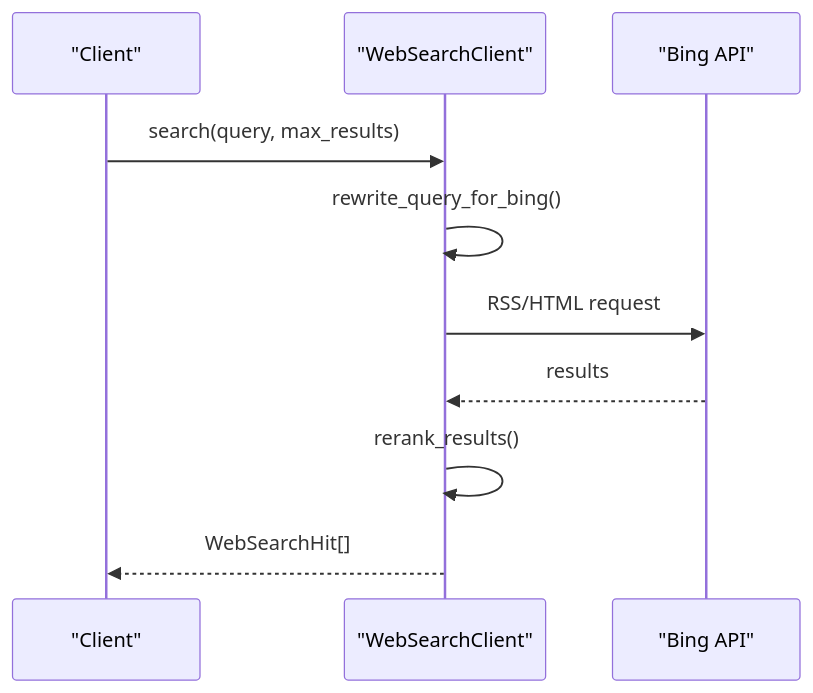
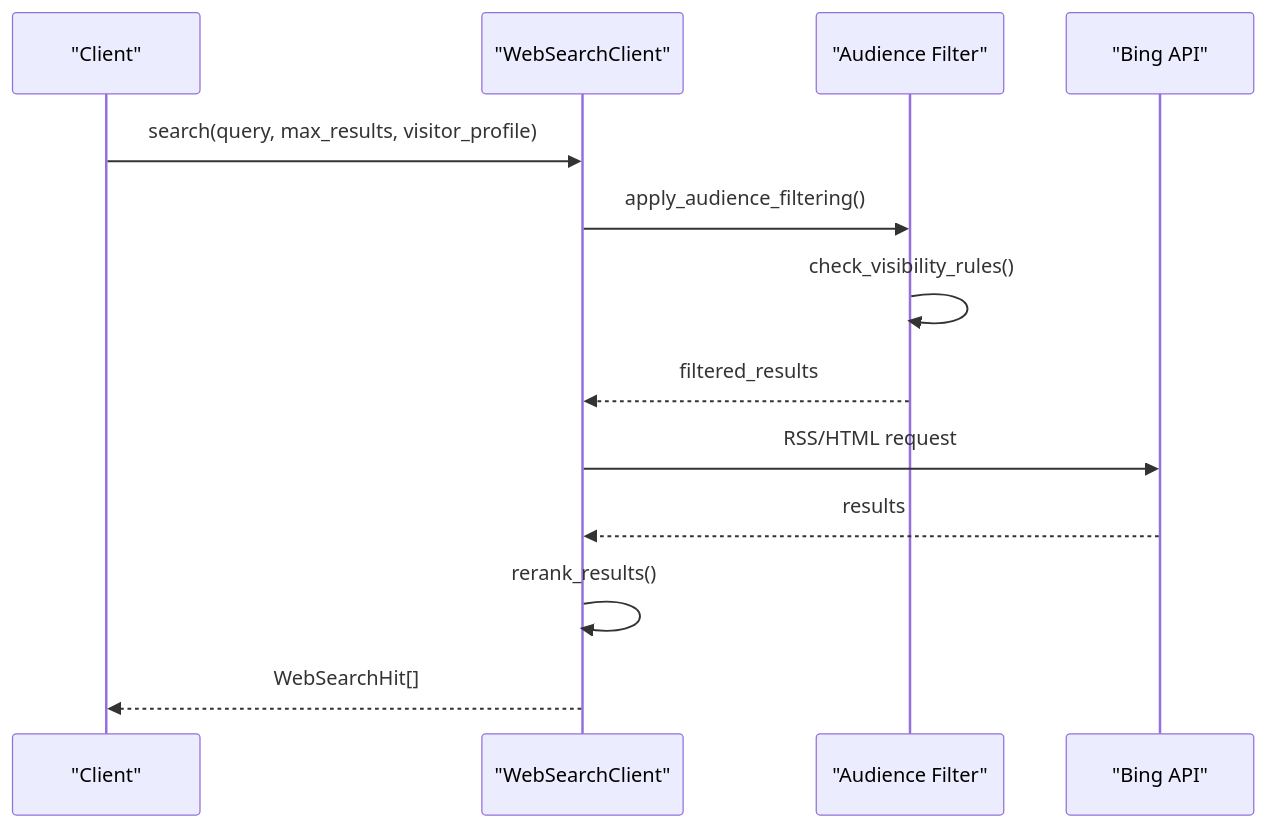
One commit to intellistream/sage-mate changed the eighth of 9 diagrams in .qoder/repowiki/en/content/Knowledge Management/Knowledge Management.md. Above: the diagram before and after it, drawn with Mermaid. The commit also changed other lines of this file and 121 other files, not shown here.

````diff
--- a/.qoder/repowiki/en/content/Knowledge Management/Knowledge Management.md
+++ b/.qoder/repowiki/en/content/Knowledge Management/Knowledge Management.md
@@ -310,12 +419,15 @@
 ```mermaid
 sequenceDiagram
 participant Client as "Client"
 participant WS as "WebSearchClient"
+participant Filter as "Audience Filter"
 participant Bing as "Bing API"
-Client->>WS : search(query, max_results)
-WS->>WS : rewrite_query_for_bing()
+Client->>WS : search(query, max_results, visitor_profile)
+WS->>Filter : apply_audience_filtering()
+Filter->>Filter : check_visibility_rules()
+Filter-->>WS : filtered_results
 WS->>Bing : RSS/HTML request
 Bing-->>WS : results
 WS->>WS : rerank_results()
 WS-->>Client : WebSearchHit[]
 ```
````
